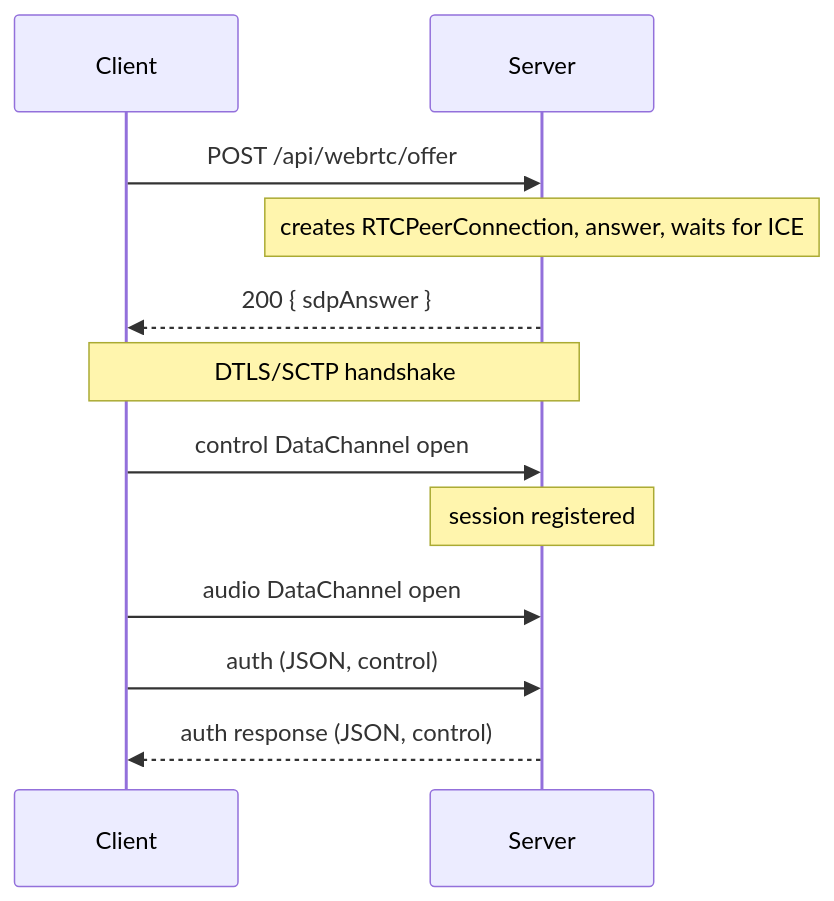
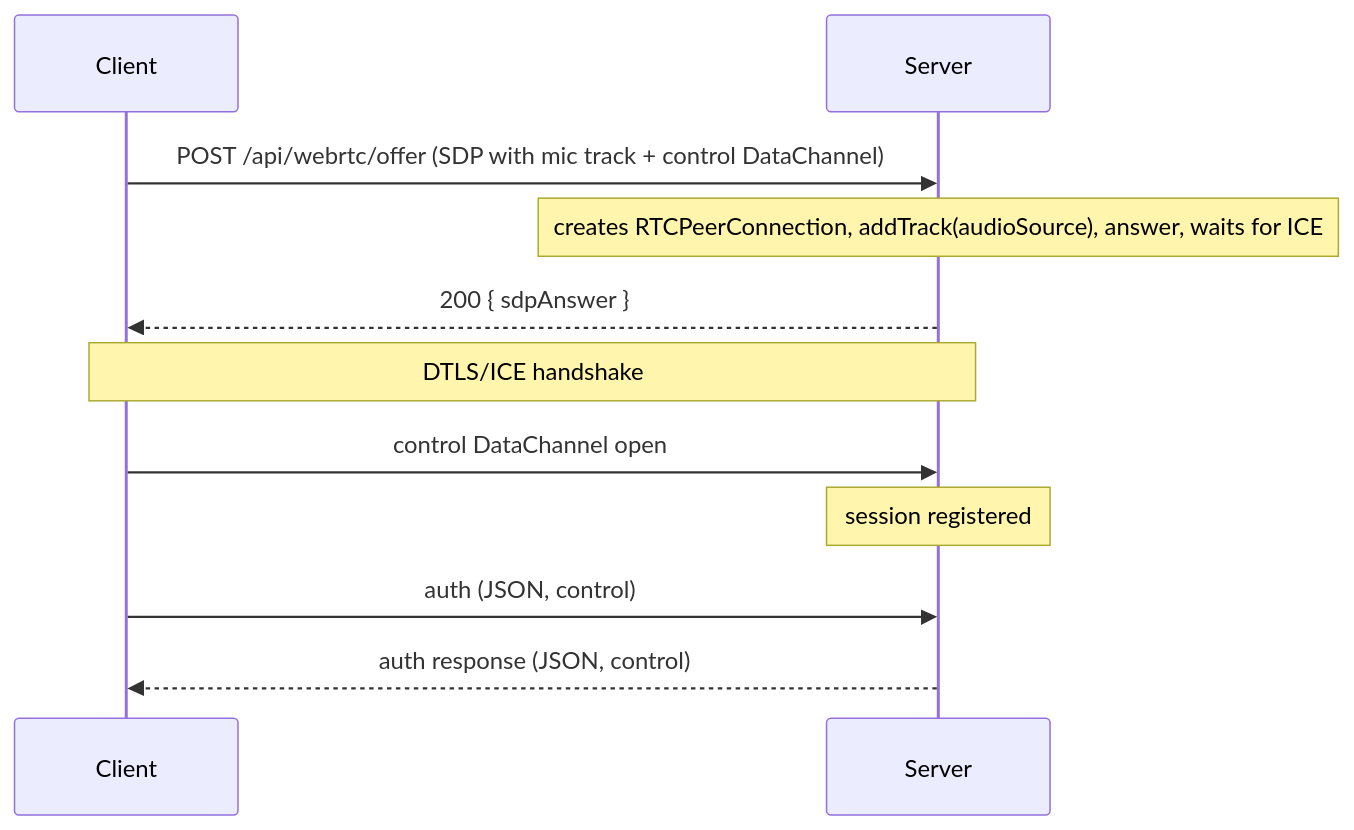
The first of 2 diagrams in docs/guide/webrtc.md (utter-one/bonsai), drawn with Mermaid before and after one commit. The commit also changed other lines of this file and 3 other files, not shown here.

Commit message:
feat(webrtc): enhance audio handling with native media tracks and RTCAudio interfaces

````diff
--- a/docs/guide/webrtc.md
+++ b/docs/guide/webrtc.md
@@ -41,14 +33,13 @@
 ```mermaid
 sequenceDiagram
     participant C as Client
     participant S as Server
-    C->>S: POST /api/webrtc/offer
-    Note over S: creates RTCPeerConnection, answer, waits for ICE
+    C->>S: POST /api/webrtc/offer (SDP with mic track + control DataChannel)
+    Note over S: creates RTCPeerConnection, addTrack(audioSource), answer, waits for ICE
     S-->>C: 200 { sdpAnswer }
-    Note over C,S: DTLS/SCTP handshake
+    Note over C,S: DTLS/ICE handshake
     C->>S: control DataChannel open
     Note over S: session registered
-    C->>S: audio DataChannel open
     C->>S: auth (JSON, control)
     S-->>C: auth response (JSON, control)
 ```
````
